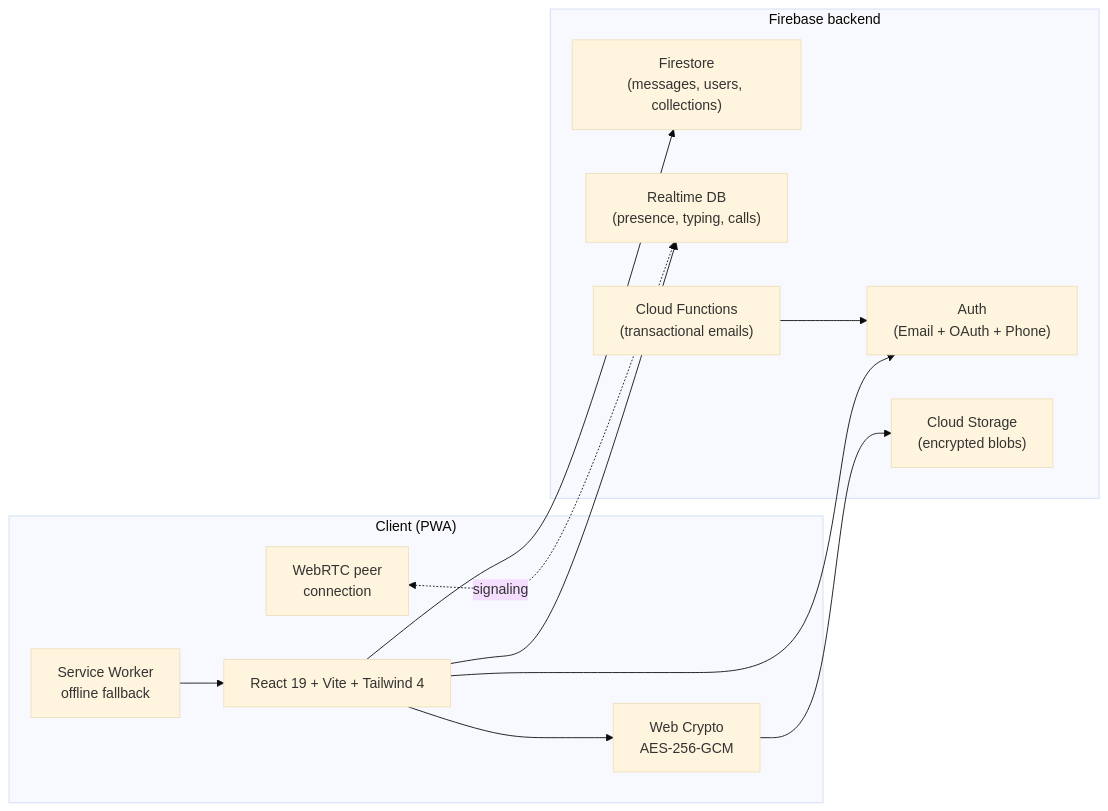
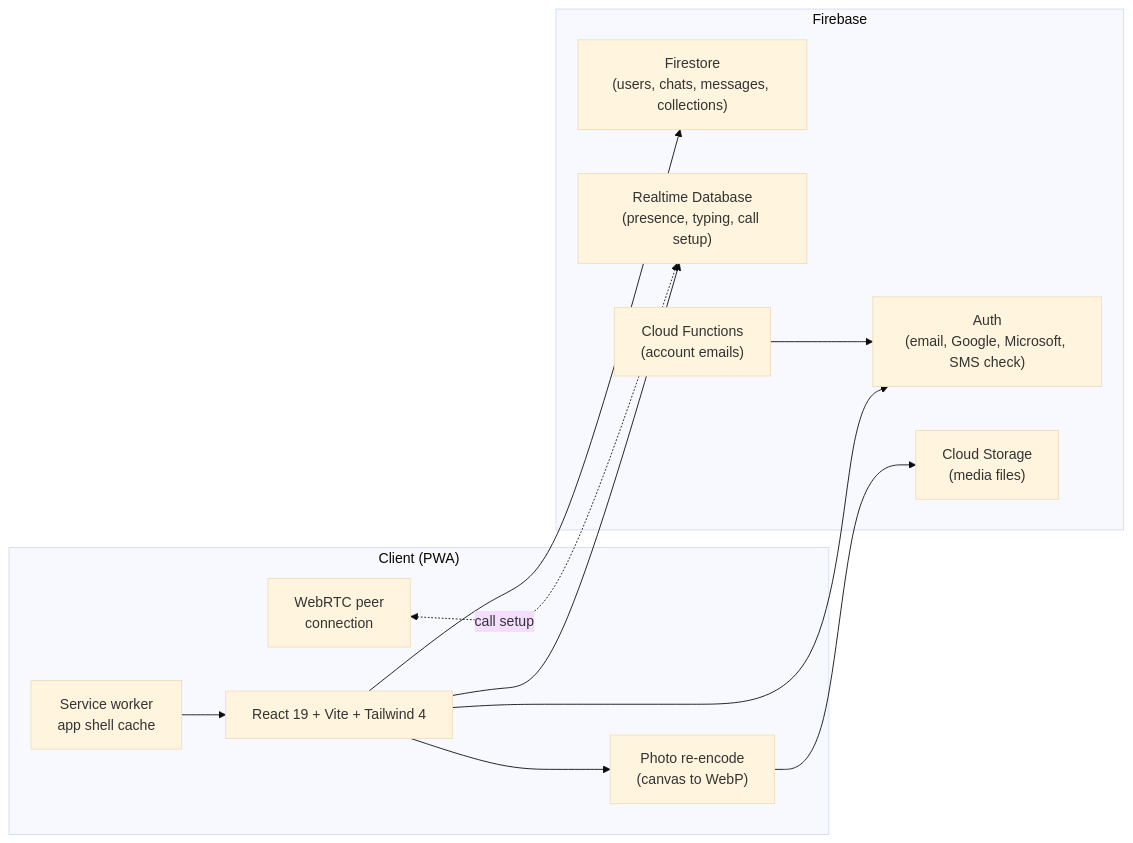
One commit to KevinRusev/nikkchat changed the diagram in README.md. Above: the diagram before and after it, drawn with Mermaid (base theme). The commit also changed other lines of this file and 15 other files, not shown here.

````diff
--- a/README.md
+++ b/README.md
@@ -116,25 +131,25 @@
 ```mermaid
 flowchart LR
     subgraph Client["Client (PWA)"]
       UI["React 19 + Vite + Tailwind 4"]
-      Crypto["Web Crypto<br/>AES-256-GCM"]
+      Media["Photo re-encode<br/>(canvas to WebP)"]
       WebRTC["WebRTC peer<br/>connection"]
-      SW["Service Worker<br/>offline fallback"]
+      SW["Service worker<br/>app shell cache"]
     end
 
-    subgraph Firebase["Firebase backend"]
-      Auth["Auth<br/>(Email + OAuth + Phone)"]
-      Firestore["Firestore<br/>(messages, users, collections)"]
-      Storage["Cloud Storage<br/>(encrypted blobs)"]
-      RTDB["Realtime DB<br/>(presence, typing, calls)"]
-      Functions["Cloud Functions<br/>(transactional emails)"]
+    subgraph Firebase["Firebase"]
+      Auth["Auth<br/>(email, Google, Microsoft, SMS check)"]
+      Firestore["Firestore<br/>(users, chats, messages, collections)"]
+      Storage["Cloud Storage<br/>(media files)"]
+      RTDB["Realtime Database<br/>(presence, typing, call setup)"]
+      Functions["Cloud Functions<br/>(account emails)"]
     end
 
-    UI --> Crypto --> Storage
+    UI --> Media --> Storage
     UI --> Firestore
     UI --> Auth
     UI --> RTDB
-    WebRTC <-.signaling.-> RTDB
+    WebRTC <-.call setup.-> RTDB
     Functions --> Auth
     SW --> UI
 ```
````
